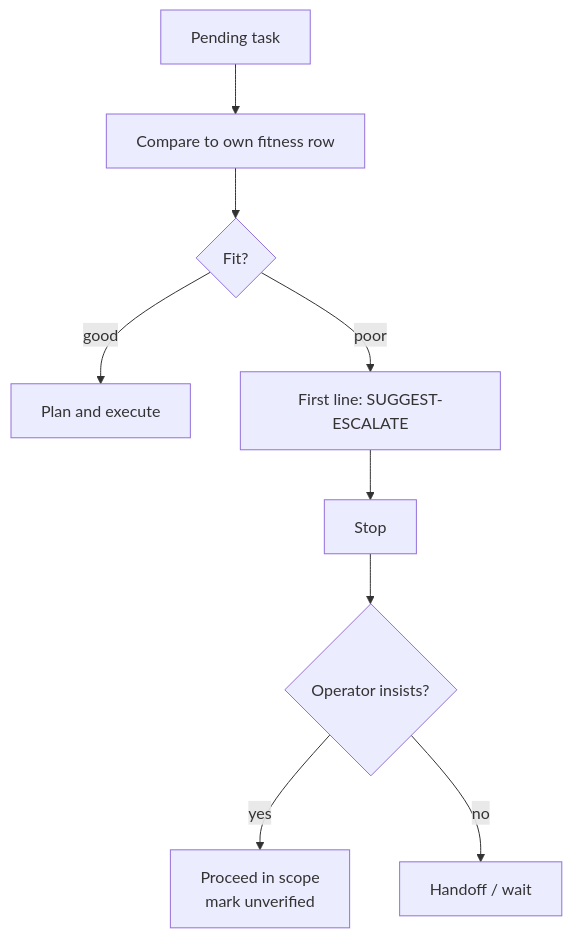
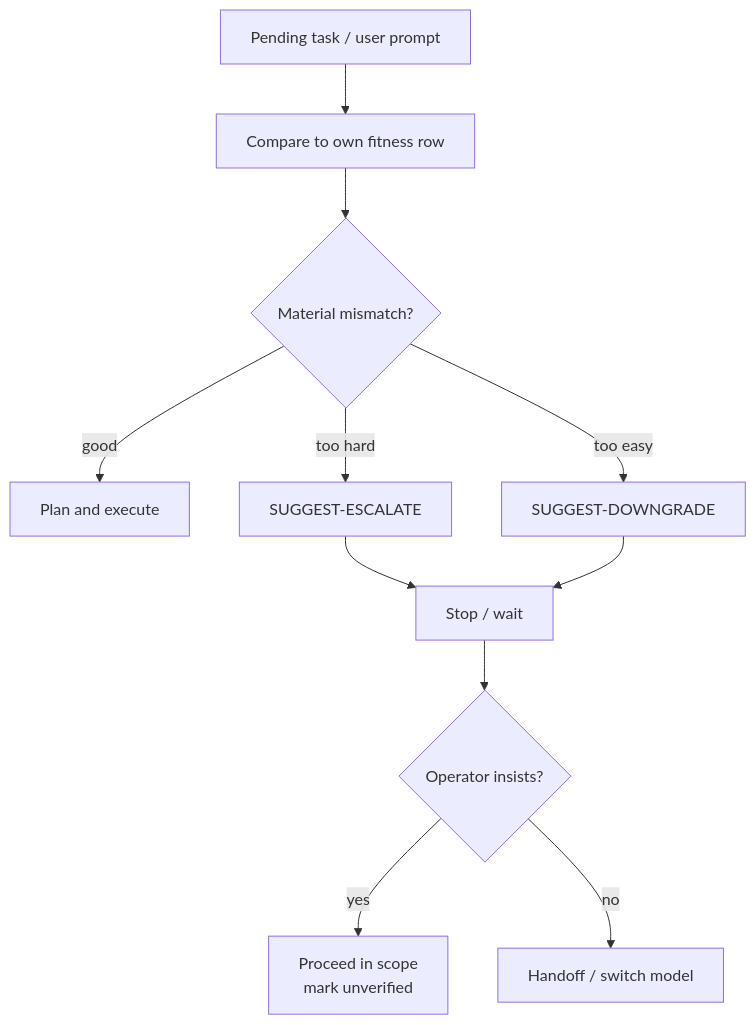
One commit to carefreeinv/anchor changed the diagram in docs/docs/model-fitness.md. Above: the diagram before and after it, drawn with Mermaid. The commit also changed other lines of this file and 17 other files, not shown here.

First line of the commit message:
Add bidirectional model fit with SUGGEST-DOWNGRADE

````diff
--- a/docs/docs/model-fitness.md
+++ b/docs/docs/model-fitness.md
@@ -16,18 +16,20 @@
 ```mermaid
 flowchart TB
-  task["Pending task"]
+  task["Pending task / user prompt"]
   row["Compare to own fitness row"]
-  fit{"Fit?"}
+  fit{"Material mismatch?"}
   go["Plan and execute"]
-  esc["First line: SUGGEST-ESCALATE"]
-  stop["Stop"]
+  esc["SUGGEST-ESCALATE"]
+  down["SUGGEST-DOWNGRADE"]
+  stop["Stop / wait"]
   insist{"Operator insists?"}
   shaky["Proceed in scope<br/>mark unverified"]
 
   task --> row --> fit
   fit -->|good| go
-  fit -->|poor| esc --> stop
+  fit -->|too hard| esc --> stop
+  fit -->|too easy| down --> stop
   stop --> insist
   insist -->|yes| shaky
-  insist -->|no| handoff["Handoff / wait"]
+  insist -->|no| handoff["Handoff / switch model"]
 ```
````
